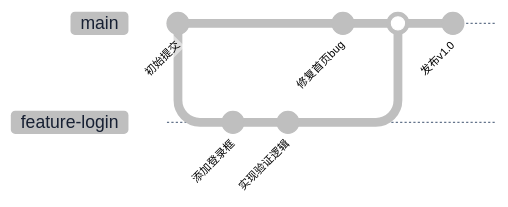
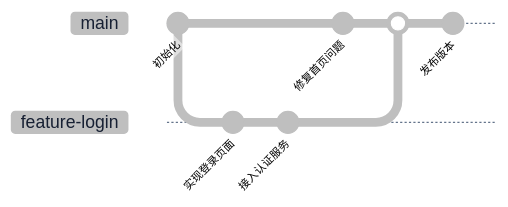
The diagram in .opencode/skills/mermaid-gen/examples/git-diagram.md (BeWaterMyFriend7/SKILL-PROJECT), drawn with Mermaid before and after one commit. The commit also changed other lines of this file and 39 other files, not shown here.

First line of the commit message:
优化 mermaid-gen 生成流程与校验能力

````diff
--- a/.opencode/skills/mermaid-gen/examples/git-diagram.md
+++ b/.opencode/skills/mermaid-gen/examples/git-diagram.md
@@ -1,13 +5,13 @@
 ```mermaid
 %%{init: {"theme":"base","themeVariables":{"fontFamily":"Inter, Noto Sans SC, Microsoft YaHei, sans-serif","primaryColor":"#FFFFFF","primaryBorderColor":"#2563EB","primaryTextColor":"#172033","lineColor":"#64748B","background":"#F6F8FB"}}}%%
 gitGraph
-    commit id: "初始提交"
+    commit id: "初始化"
     branch feature-login
     checkout feature-login
-    commit id: "添加登录框"
-    commit id: "实现验证逻辑"
+    commit id: "实现登录页面"
+    commit id: "接入认证服务"
     checkout main
-    commit id: "修复首页bug"
+    commit id: "修复首页问题"
     merge feature-login
-    commit id: "发布v1.0"
+    commit id: "发布版本"
 ```
````
